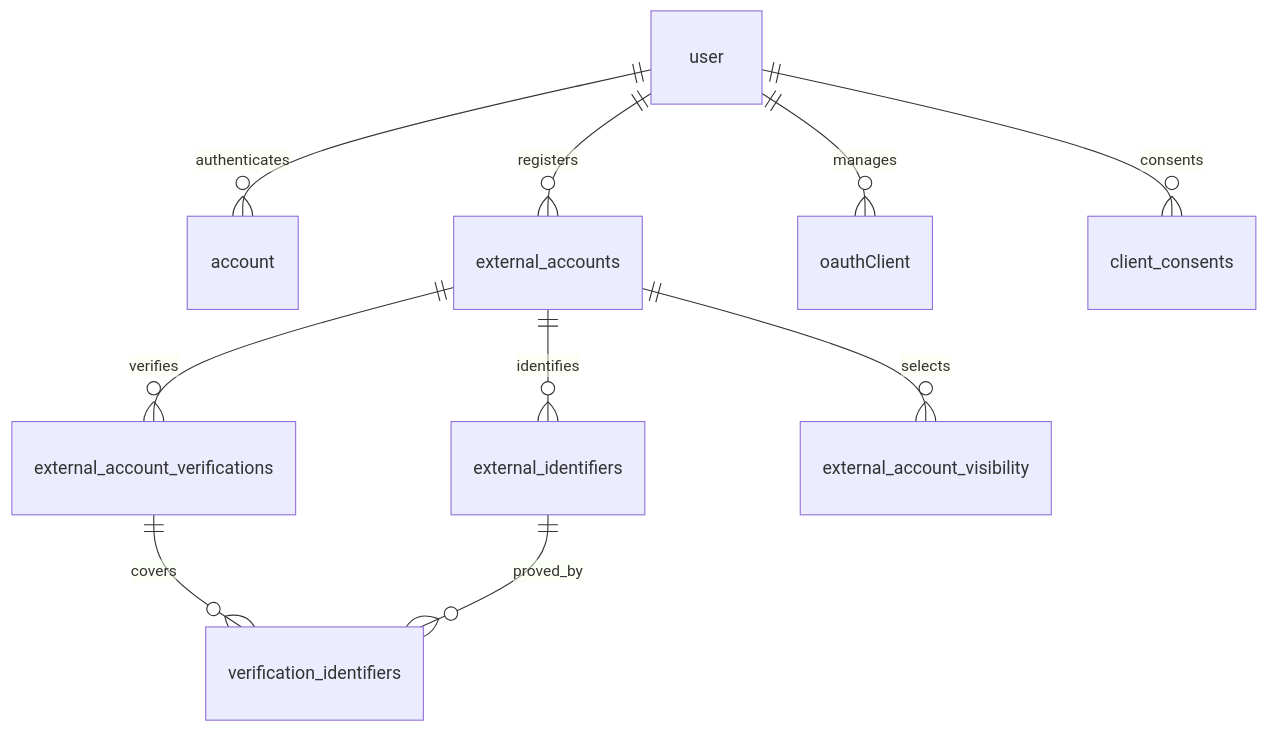
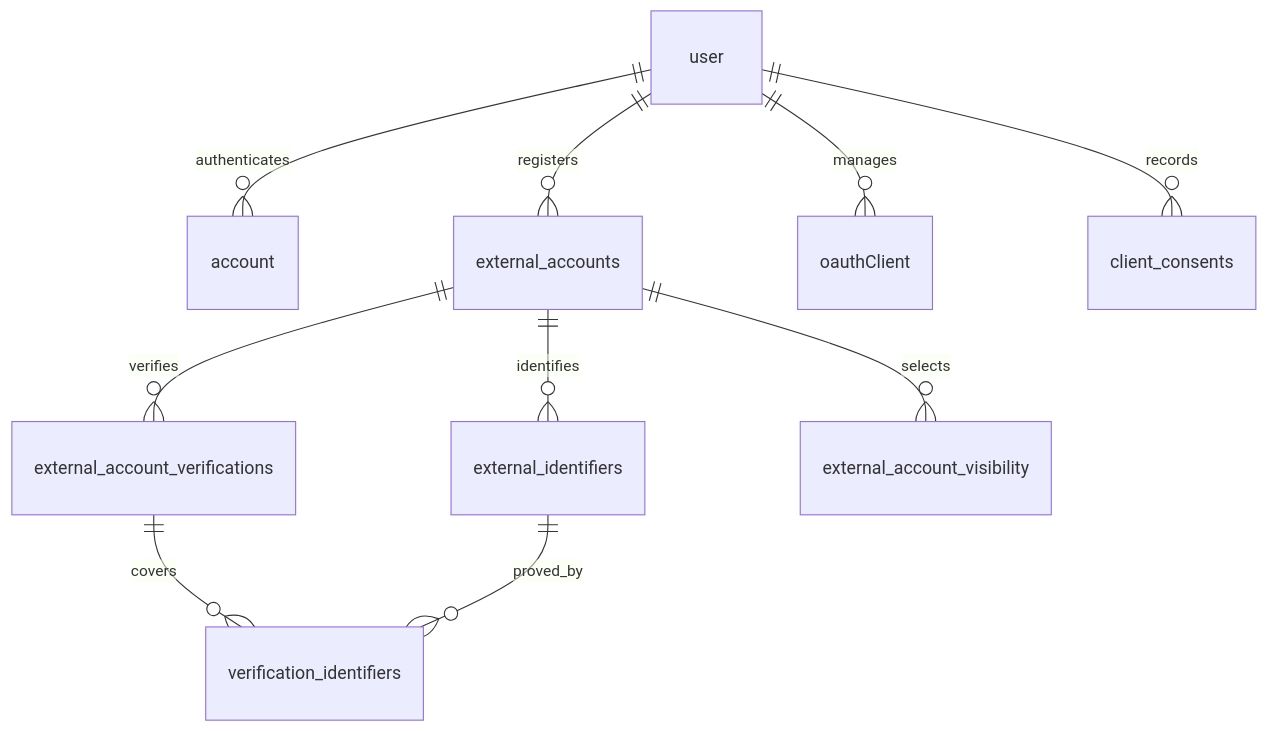
The second of 2 diagrams in projects/accounts-web-app/docs/specification/v0.1/main.ja.md (yuichisugio/freeism), drawn with Mermaid before and after one commit. The commit also changed other lines of this file and 111 other files, not shown here.

````diff
--- a/projects/accounts-web-app/docs/specification/v0.1/main.ja.md
+++ b/projects/accounts-web-app/docs/specification/v0.1/main.ja.md
@@ -966,12 +982,12 @@
 ```mermaid
 erDiagram
     user ||--o{ account : authenticates
     user ||--o{ external_accounts : registers
     external_accounts ||--o{ external_identifiers : identifies
     external_accounts ||--o{ external_account_verifications : verifies
     external_account_verifications ||--o{ verification_identifiers : covers
     external_identifiers ||--o{ verification_identifiers : proved_by
     user ||--o{ oauthClient : manages
-    user ||--o{ client_consents : consents
+    user ||--o{ client_consents : records
     external_accounts ||--o{ external_account_visibility : selects
 ```
````
